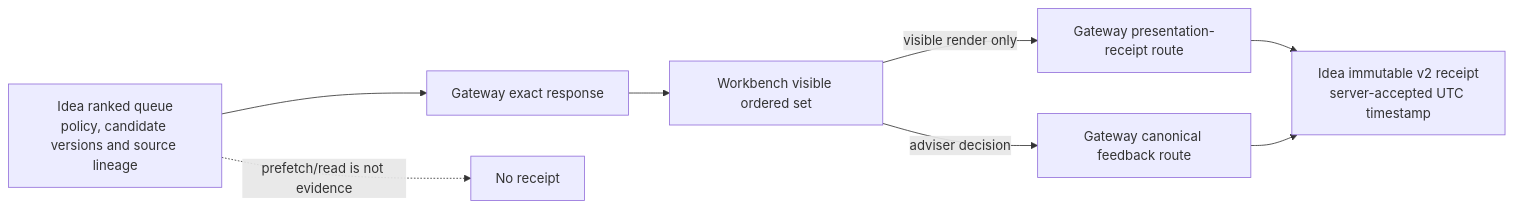
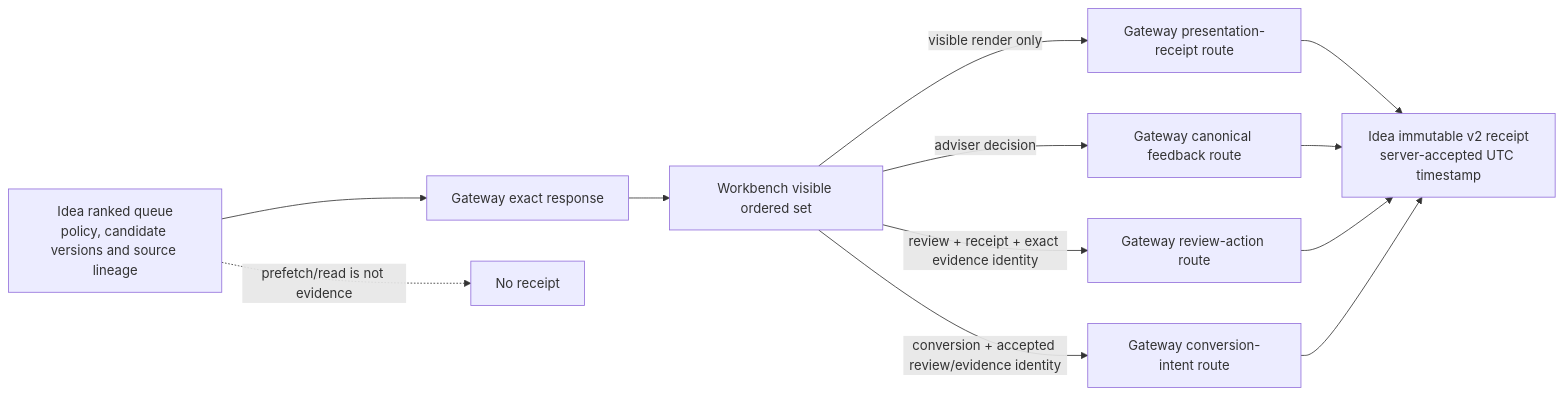
One commit to sgajbi/lotus-gateway changed the diagram in wiki/Idea-Opportunity-Transport.md. Above: the diagram before and after it, drawn with Mermaid. The commit also changed other lines of this file and 13 other files, not shown here.

````diff
--- a/wiki/Idea-Opportunity-Transport.md
+++ b/wiki/Idea-Opportunity-Transport.md
@@ -24,10 +26,14 @@
 ```mermaid
 flowchart LR
     Q[Idea ranked queue<br/>policy, candidate versions and source lineage] --> G[Gateway exact response]
     G --> W[Workbench visible ordered set]
     W -->|visible render only| R[Gateway presentation-receipt route]
     R --> I[Idea immutable v2 receipt<br/>server-accepted UTC timestamp]
     W -->|adviser decision| F[Gateway canonical feedback route]
     F --> I
+    W -->|review + receipt + exact evidence identity| V[Gateway review-action route]
+    V --> I
+    W -->|conversion + accepted review/evidence identity| C[Gateway conversion-intent route]
+    C --> I
     Q -. prefetch/read is not evidence .-> X[No receipt]
 ```
````
